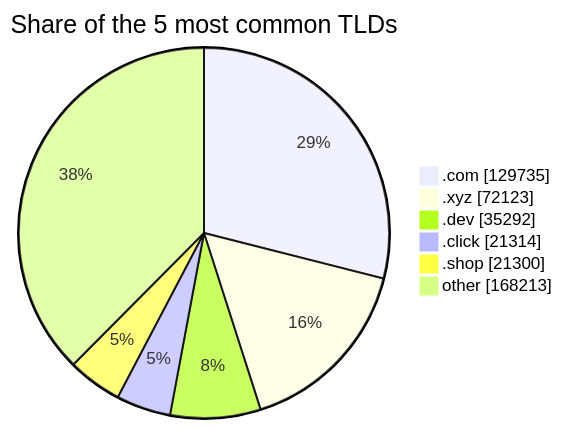
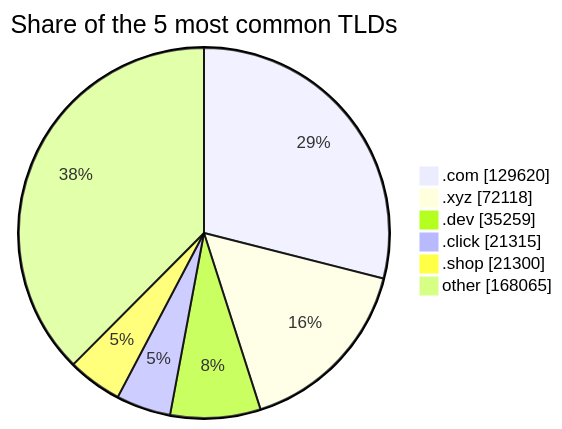
Before and after one commit to DNSBunker/CTI: the third of 3 diagrams in README.md, drawn with Mermaid. The commit also changed other lines of this file and 3 other files, not shown here.

````diff
--- a/README.md
+++ b/README.md
@@ -81,9 +81,9 @@
 ```mermaid
 pie showData title Share of the 5 most common TLDs
-    ".com" : 129735
-    ".xyz" : 72123
-    ".dev" : 35292
-    ".click" : 21314
+    ".com" : 129620
+    ".xyz" : 72118
+    ".dev" : 35259
+    ".click" : 21315
     ".shop" : 21300
-    "other" : 168213
+    "other" : 168065
 ```
````
